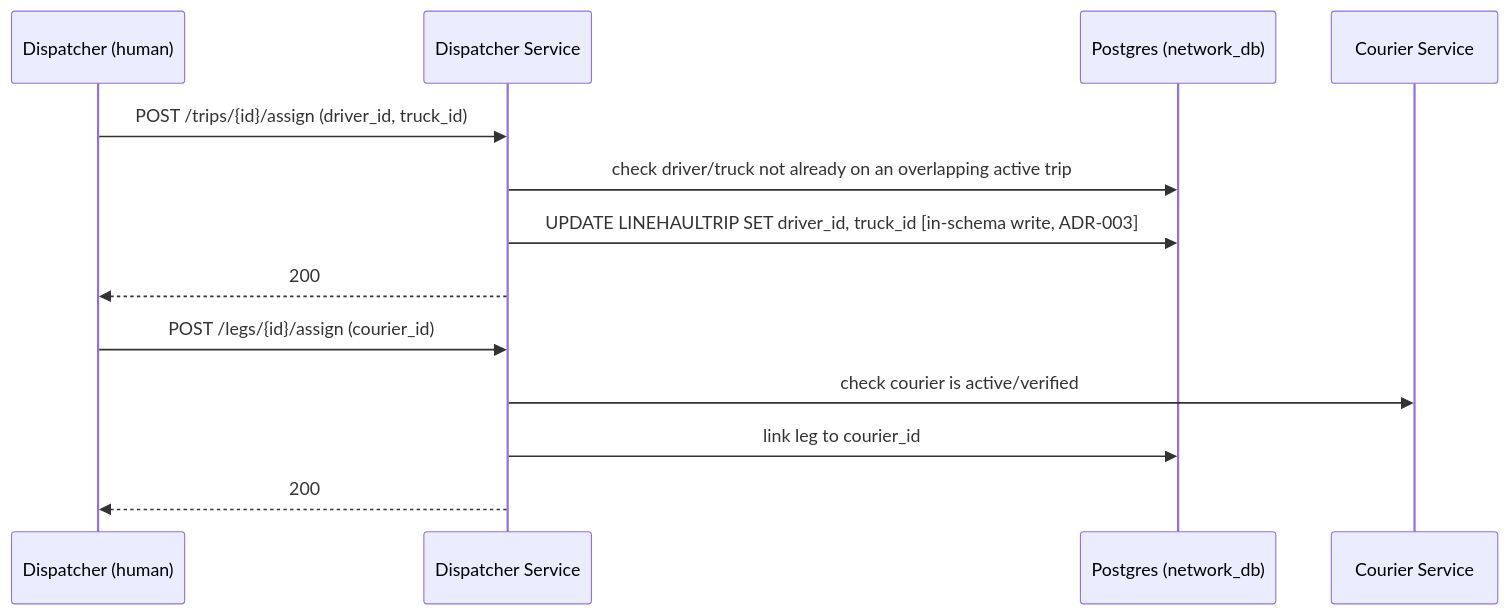
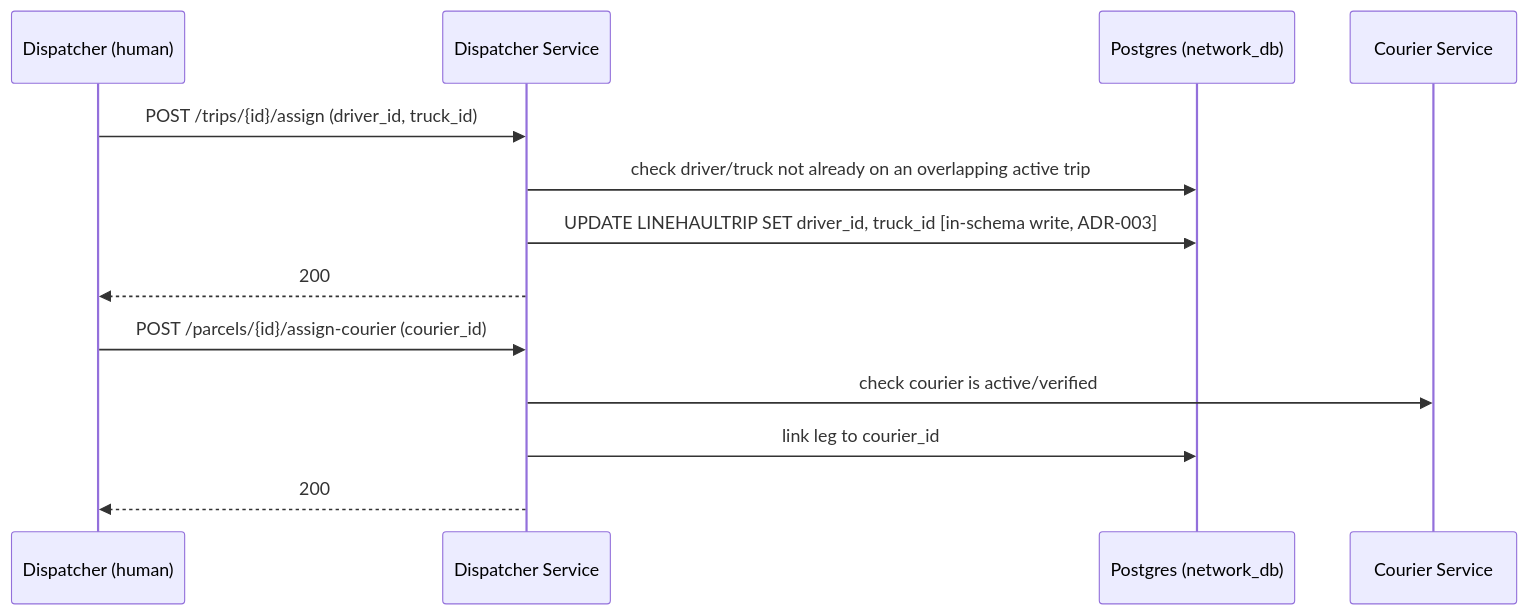
Before and after one commit to dunguyen-311201/nestjs: the diagram in shipping-system/docs/lld/dispatcher-service.md, drawn with Mermaid. The commit also changed other lines of this file and 18 other files, not shown here.

First line of the commit message:
refactor: rename couriers/legs and dispatcher legs routes to parcels

````diff
--- a/shipping-system/docs/lld/dispatcher-service.md
+++ b/shipping-system/docs/lld/dispatcher-service.md
@@ -31,17 +31,17 @@
 ```mermaid
 sequenceDiagram
     participant Dispatcher as Dispatcher (human)
     participant DispatcherSvc as Dispatcher Service
     participant DB as Postgres (network_db)
     participant Courier as Courier Service
 
     Dispatcher->>DispatcherSvc: POST /trips/{id}/assign (driver_id, truck_id)
     DispatcherSvc->>DB: check driver/truck not already on an overlapping active trip
     DispatcherSvc->>DB: UPDATE LINEHAULTRIP SET driver_id, truck_id [in-schema write, ADR-003]
     DispatcherSvc-->>Dispatcher: 200
 
-    Dispatcher->>DispatcherSvc: POST /legs/{id}/assign (courier_id)
+    Dispatcher->>DispatcherSvc: POST /parcels/{id}/assign-courier (courier_id)
     DispatcherSvc->>Courier: check courier is active/verified
     DispatcherSvc->>DB: link leg to courier_id
     DispatcherSvc-->>Dispatcher: 200
 ```
````
